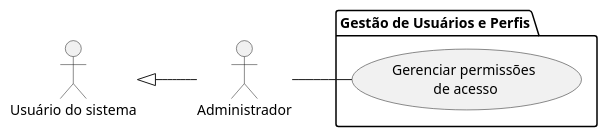
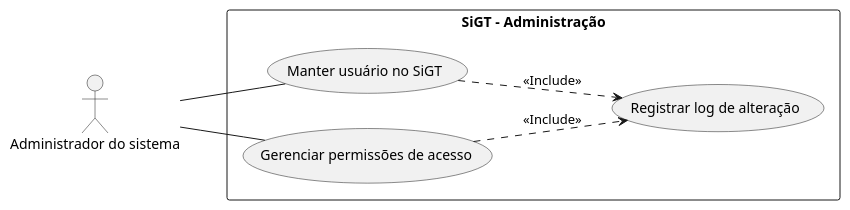
The diagram in specs/design/casos de uso/especificacao_gerenciar_permissoes_sigt.puml (Luizalima3/SIGT), drawn with PlantUML before and after one commit. The commit also changed 15 other files, not shown here.

```diff
--- a/specs/design/casos de uso/especificacao_gerenciar_permissoes_sigt.puml
+++ b/specs/design/casos de uso/especificacao_gerenciar_permissoes_sigt.puml
@@ -1,18 +1,17 @@
-@startuml GerenciarPermissoesSiGT
-
+@startuml UC_Administracao_SiGT
 left to right direction
 
-' Atores
-actor "Usuário do sistema" as user
-actor "Administrador" as adm
+actor "Administrador do sistema" as adm
 
-' Relacionamentos entre atores (herança)
-user <|-- adm
-
-package "Gestão de Usuários e Perfis" {
-    usecase "Gerenciar permissões\n de acesso" as uc_gerenciar_permissoes
-
-    adm -- uc_gerenciar_permissoes
+rectangle "SiGT - Administração" {
+    usecase "Manter usuário no SiGT" as uc_manter
+    usecase "Gerenciar permissões de acesso" as uc_permissoes
+    usecase "Registrar log de alteração" as uc_log
 }
 
+adm -- uc_manter
+adm -- uc_permissoes
+
+uc_permissoes ..> uc_log : << Include >>
+uc_manter ..> uc_log : << Include >>
 @enduml
```
